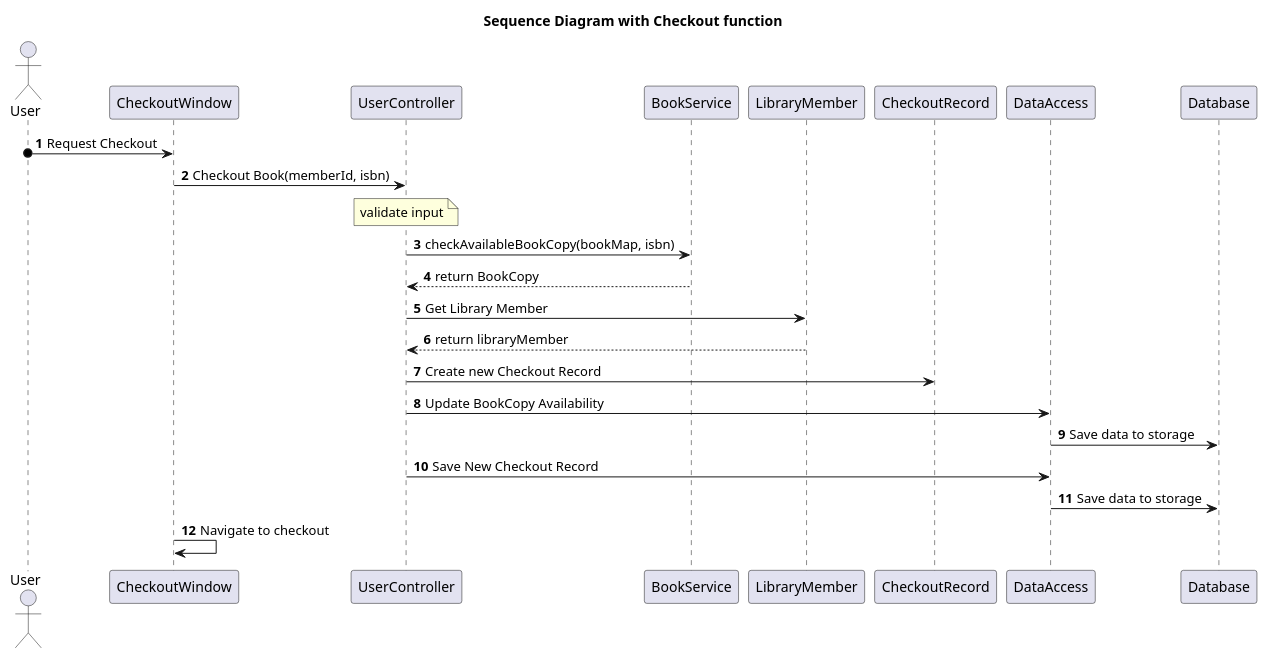
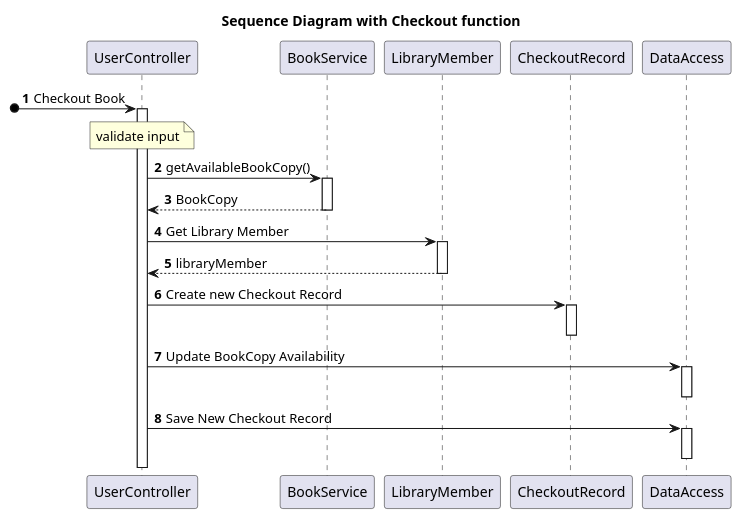
The diagram in mpp-cs401/src/midterm/diagram/checkout.puml (anhvu2889/miu-cs401-mpp), drawn with PlantUML before and after one commit. The commit also changed 8 other files, not shown here.

Commit message:
update diagram

```diff
--- a/mpp-cs401/src/midterm/diagram/checkout.puml
+++ b/mpp-cs401/src/midterm/diagram/checkout.puml
@@ -1,36 +1,32 @@
 @startuml
 
 title Sequence Diagram with Checkout function
 
-autonumber 1 1
+autonumber
 
-actor User
-participant "CheckoutWindow" as cw
 participant "UserController" as uc
 participant "BookService" as bs
 participant "LibraryMember" as lm
 participant "CheckoutRecord" as cr
 participant "DataAccess" as da
-participant "Database" as db
 
-User o-> cw: Request Checkout
-cw -> uc: Checkout Book(memberId, isbn)
+[o-> uc++: Checkout Book
 
 note over uc: validate input
 
-uc -> bs: checkAvailableBookCopy(bookMap, isbn)
-bs --> uc: return BookCopy
+uc -> bs++: getAvailableBookCopy()
+return BookCopy
 
-uc -> lm: Get Library Member
-lm --> uc: return libraryMember
+uc -> lm++: Get Library Member
+return libraryMember
 
-uc -> cr: Create new Checkout Record
-uc -> da: Update BookCopy Availability
-da -> db: Save data to storage
+uc -> cr++: Create new Checkout Record
+deactivate
 
-uc -> da: Save New Checkout Record
-da -> db: Save data to storage
+uc -> da++: Update BookCopy Availability
+deactivate
 
-cw -> cw: Navigate to checkout
+uc -> da++: Save New Checkout Record
+deactivate
 
 @enduml
```
